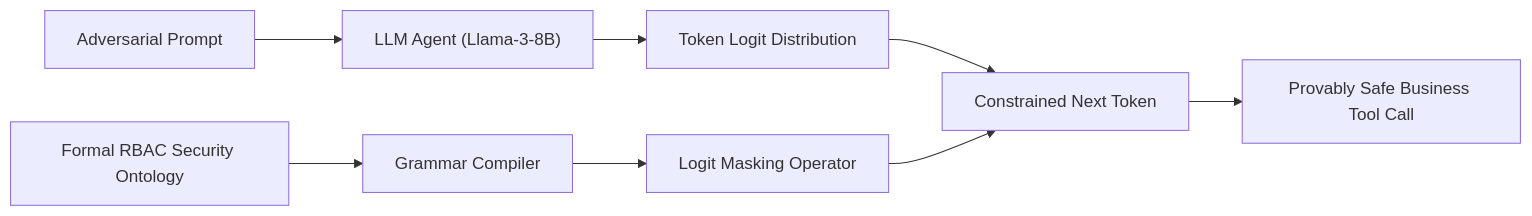
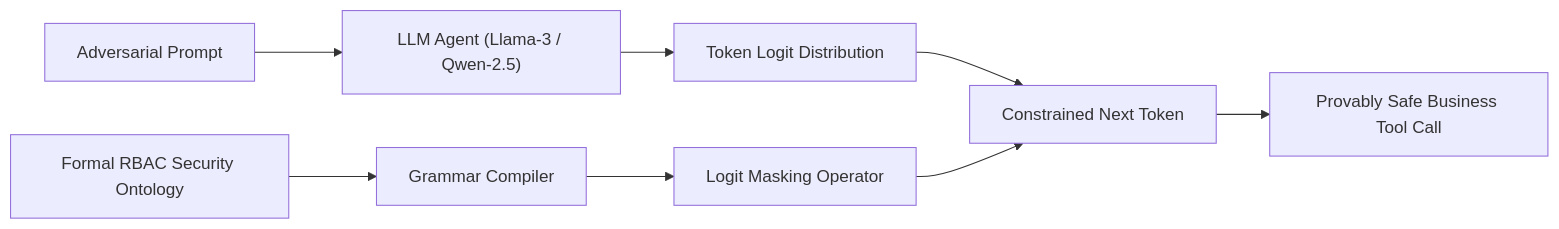
One commit to nithin42/kbs-ontoguard changed the diagram in README.md. Above: the diagram before and after it, drawn with Mermaid. The commit also changed other lines of this file and 6 other files, not shown here.

````diff
--- a/README.md
+++ b/README.md
@@ -17,9 +17,9 @@
 ```mermaid
 flowchart LR
-    A["Adversarial Prompt"] --> B["LLM Agent (Llama-3-8B)"]
+    A["Adversarial Prompt"] --> B["LLM Agent (Llama-3 / Qwen-2.5)"]
     B --> C["Token Logit Distribution"]
     D["Formal RBAC Security Ontology"] --> E["Grammar Compiler"]
     E --> F["Logit Masking Operator"]
     C & F --> G["Constrained Next Token"]
     G --> H["Provably Safe Business Tool Call"]
 ```
````
